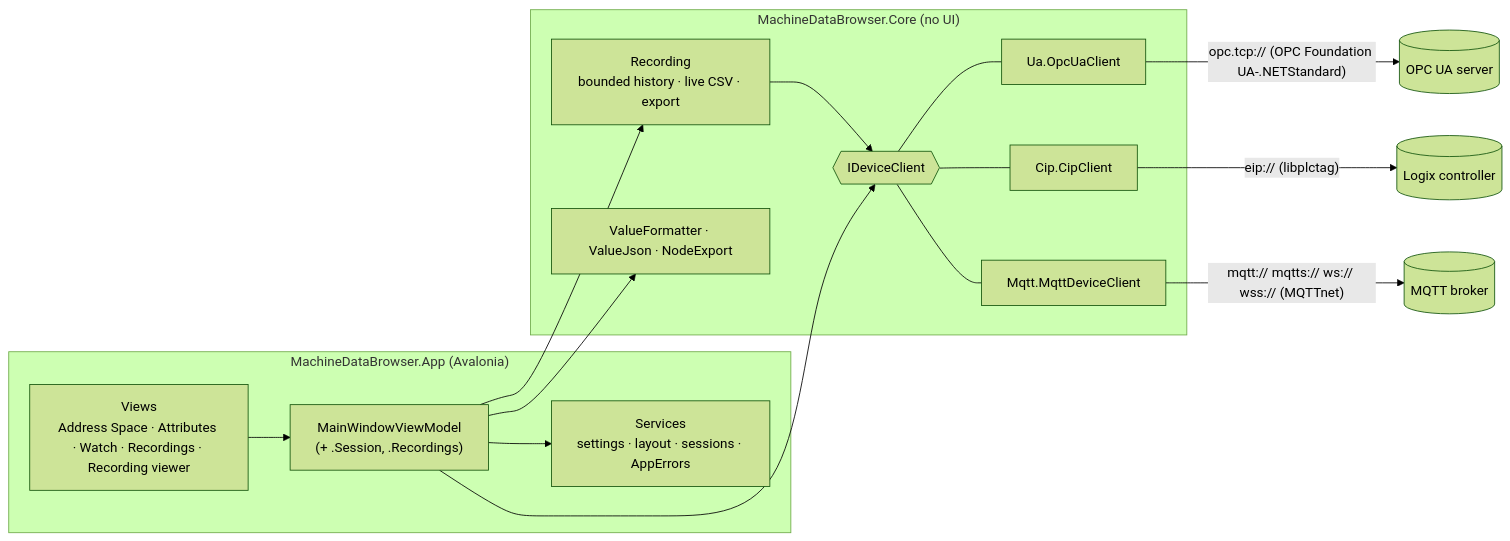
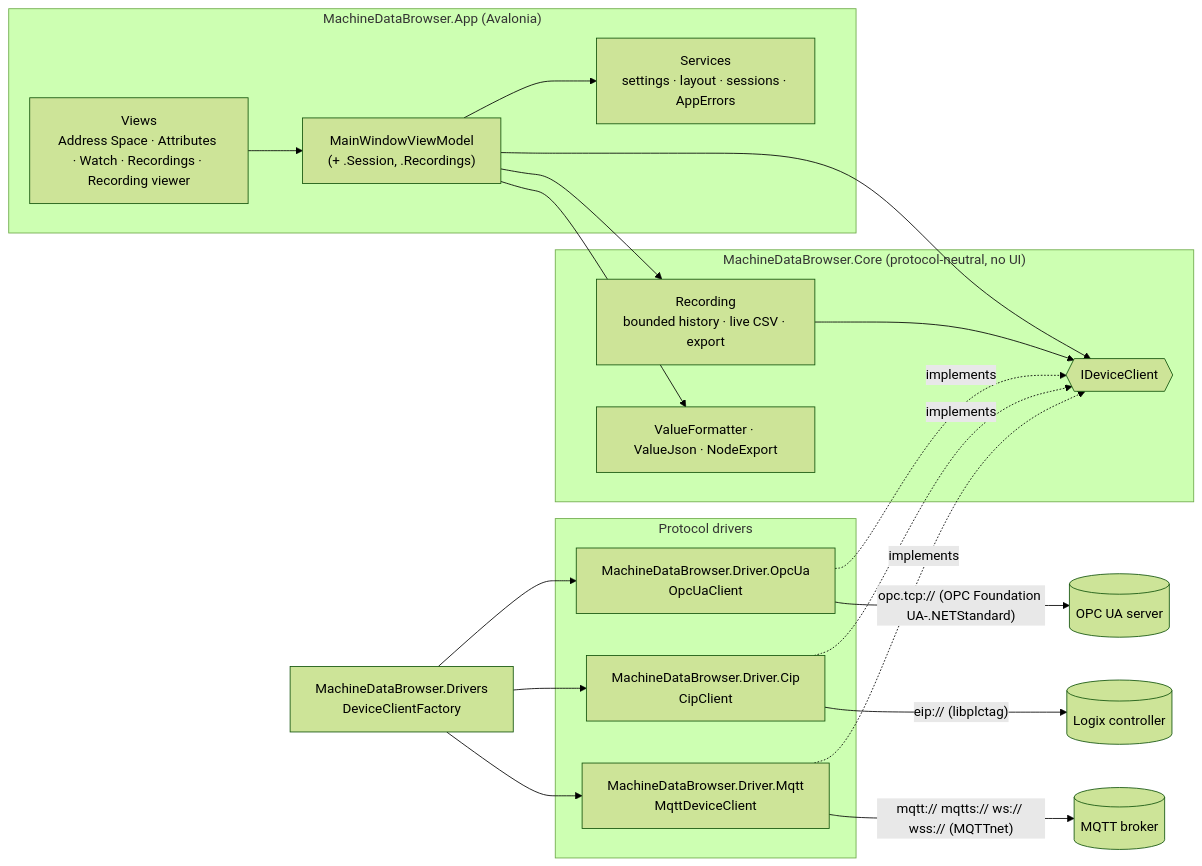
The first of 5 diagrams in docs/architecture.md (ZaoralJ/MachineDataBrowser), drawn with Mermaid (forest theme) before and after one commit. The commit also changed other lines of this file and 100 other files, not shown here.

First line of the commit message:
refactor(core): separate protocol drivers into projects (#138)

````diff
--- a/docs/architecture.md
+++ b/docs/architecture.md
@@ -14,31 +14,37 @@
 ```mermaid
 flowchart LR
     subgraph App["MachineDataBrowser.App (Avalonia)"]
         Views["Views<br/>Address Space · Attributes · Watch · Recordings · Recording viewer"]
         VM["MainWindowViewModel<br/>(+ .Session, .Recordings)"]
         Services["Services<br/>settings · layout · sessions · AppErrors"]
         Views --> VM
         VM --> Services
     end
 
-    subgraph Core["MachineDataBrowser.Core (no UI)"]
+    subgraph Core["MachineDataBrowser.Core (protocol-neutral, no UI)"]
         IDC{{"IDeviceClient"}}
         Rec["Recording<br/>bounded history · live CSV · export"]
         Fmt["ValueFormatter · ValueJson · NodeExport"]
-        Ua["Ua.OpcUaClient"]
-        Cip["Cip.CipClient"]
-        Mqtt["Mqtt.MqttDeviceClient"]
-        IDC --- Ua
-        IDC --- Cip
-        IDC --- Mqtt
         Rec --> IDC
     end
 
+    subgraph Drivers["Protocol drivers"]
+        Ua["MachineDataBrowser.Driver.OpcUa<br/>OpcUaClient"]
+        Cip["MachineDataBrowser.Driver.Cip<br/>CipClient"]
+        Mqtt["MachineDataBrowser.Driver.Mqtt<br/>MqttDeviceClient"]
+    end
+    Composition["MachineDataBrowser.Drivers<br/>DeviceClientFactory"]
+    Composition --> Ua
+    Composition --> Cip
+    Composition --> Mqtt
+    Ua -. implements .-> IDC
+    Cip -. implements .-> IDC
+    Mqtt -. implements .-> IDC
     VM --> IDC
     VM --> Rec
     VM --> Fmt
 
     Ua -- "opc.tcp:// (OPC Foundation UA-.NETStandard)" --> S1[(OPC UA server)]
     Cip -- "eip:// (libplctag)" --> S2[(Logix controller)]
     Mqtt -- "mqtt:// mqtts:// ws:// wss:// (MQTTnet)" --> S3[(MQTT broker)]
 ```
````
